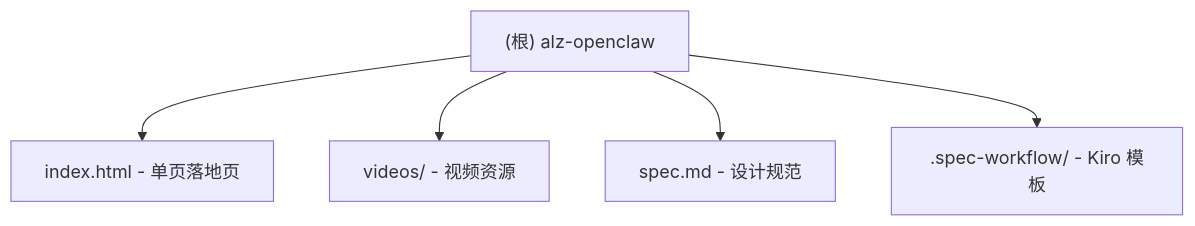
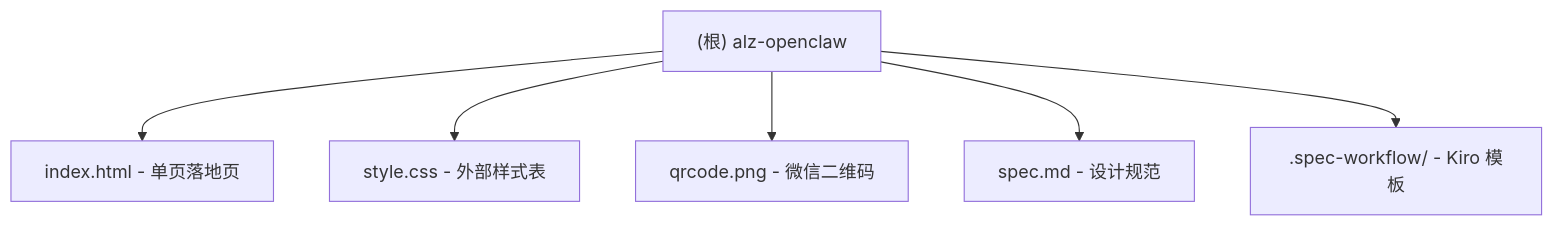
The diagram in CLAUDE.md (esojourn/alz-openclaw-web), drawn with Mermaid before and after one commit. The commit also changed other lines of this file and 3 other files, not shown here.

````diff
--- a/CLAUDE.md
+++ b/CLAUDE.md
@@ -13,7 +13,8 @@
 ```mermaid
 graph TD
     A["(根) alz-openclaw"] --> B["index.html - 单页落地页"]
-    A --> C["videos/ - 视频资源"]
-    A --> D["spec.md - 设计规范"]
-    A --> E[".spec-workflow/ - Kiro 模板"]
+    A --> C["style.css - 外部样式表"]
+    A --> D["qrcode.png - 微信二维码"]
+    A --> E["spec.md - 设计规范"]
+    A --> F[".spec-workflow/ - Kiro 模板"]
 ```
````
